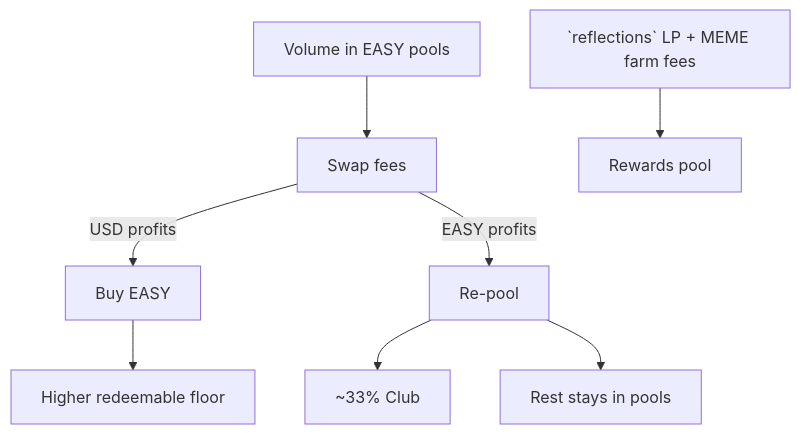
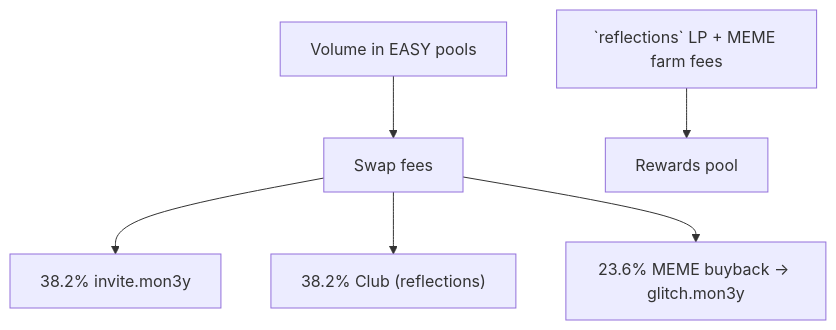
One commit to dougbutner/flex.report changed the diagram in core-tech/liquidity-and-farms.md. Above: the diagram before and after it, drawn with Mermaid. The commit also changed other lines of this file and 7 other files, not shown here.

````diff
--- a/core-tech/liquidity-and-farms.md
+++ b/core-tech/liquidity-and-farms.md
@@ -7,10 +7,8 @@
 ```mermaid
 flowchart TB
   V[Volume in EASY pools] --> F[Swap fees]
-  F -->|USD profits| Buy[Buy EASY]
-  F -->|EASY profits| Re[Re-pool]
-  Buy --> Floor[Higher redeemable floor]
-  Re --> Club[~33% Club]
-  Re --> Inf[Rest stays in pools]
+  F --> I["38.2% invite.mon3y"]
+  F --> C["38.2% Club (reflections)"]
+  F --> M["23.6% MEME buyback → glitch.mon3y"]
   LP[`reflections` LP + MEME farm fees] --> Rew[Rewards pool]
 ```
````
